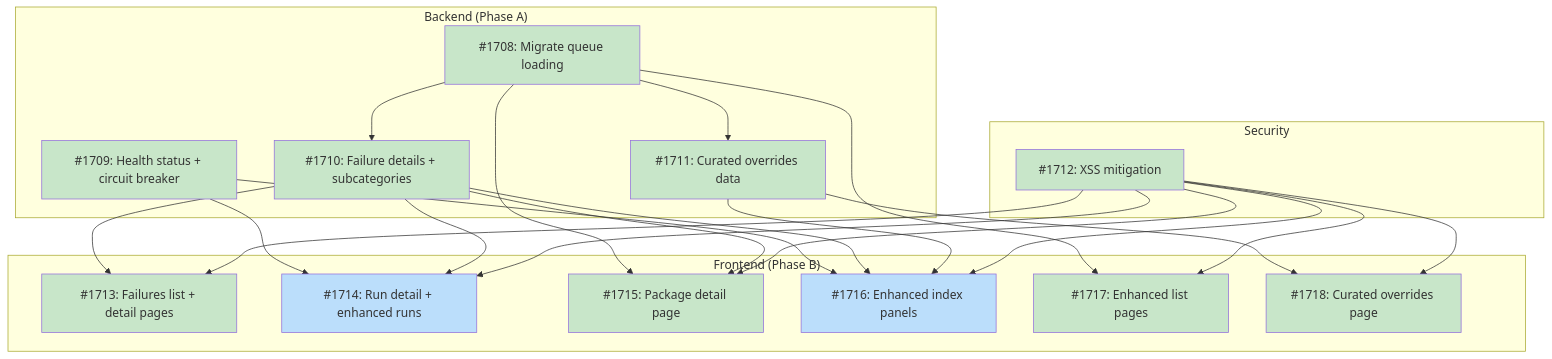
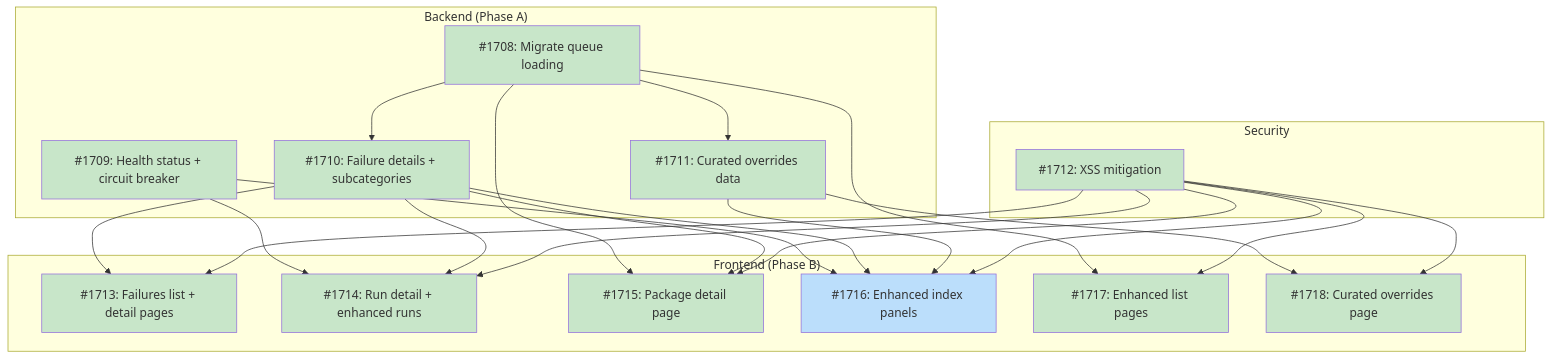
The first of 3 diagrams in docs/designs/DESIGN-dashboard-observability.md (tsukumogami/tsuku), drawn with Mermaid before and after one commit. The commit also changed other lines of this file, not shown here.

Commit message:
docs: mark #1714 done in design doc
Update dashboard-observability design doc: strikethrough #1714 in issues
table, mark I1714 done in dependency diagram. Only #1716 remains.

````diff
--- a/docs/designs/DESIGN-dashboard-observability.md
+++ b/docs/designs/DESIGN-dashboard-observability.md
@@ -67,49 +67,49 @@
 ```mermaid
 graph TD
     subgraph Backend["Backend (Phase A)"]
         I1708["#1708: Migrate queue loading"]
         I1709["#1709: Health status + circuit breaker"]
         I1710["#1710: Failure details + subcategories"]
         I1711["#1711: Curated overrides data"]
     end
 
     subgraph Security["Security"]
         I1712["#1712: XSS mitigation"]
     end
 
     subgraph Frontend["Frontend (Phase B)"]
         I1713["#1713: Failures list + detail pages"]
         I1714["#1714: Run detail + enhanced runs"]
         I1715["#1715: Package detail page"]
         I1716["#1716: Enhanced index panels"]
         I1717["#1717: Enhanced list pages"]
         I1718["#1718: Curated overrides page"]
     end
 
     I1708 --> I1710
     I1708 --> I1711
     I1708 --> I1715
     I1708 --> I1717
     I1710 --> I1713
     I1712 --> I1713
     I1709 --> I1714
     I1710 --> I1714
     I1712 --> I1714
     I1710 --> I1715
     I1712 --> I1715
     I1709 --> I1716
     I1710 --> I1716
     I1711 --> I1716
     I1712 --> I1716
     I1712 --> I1717
     I1711 --> I1718
     I1712 --> I1718
 
     classDef done fill:#c8e6c9
     classDef ready fill:#bbdefb
     classDef blocked fill:#fff9c4
     classDef needsDesign fill:#e1bee7
 
-    class I1708,I1709,I1710,I1711,I1712,I1713,I1715,I1717,I1718 done
-    class I1714,I1716 ready
+    class I1708,I1709,I1710,I1711,I1712,I1713,I1714,I1715,I1717,I1718 done
+    class I1716 ready
 ```
````
